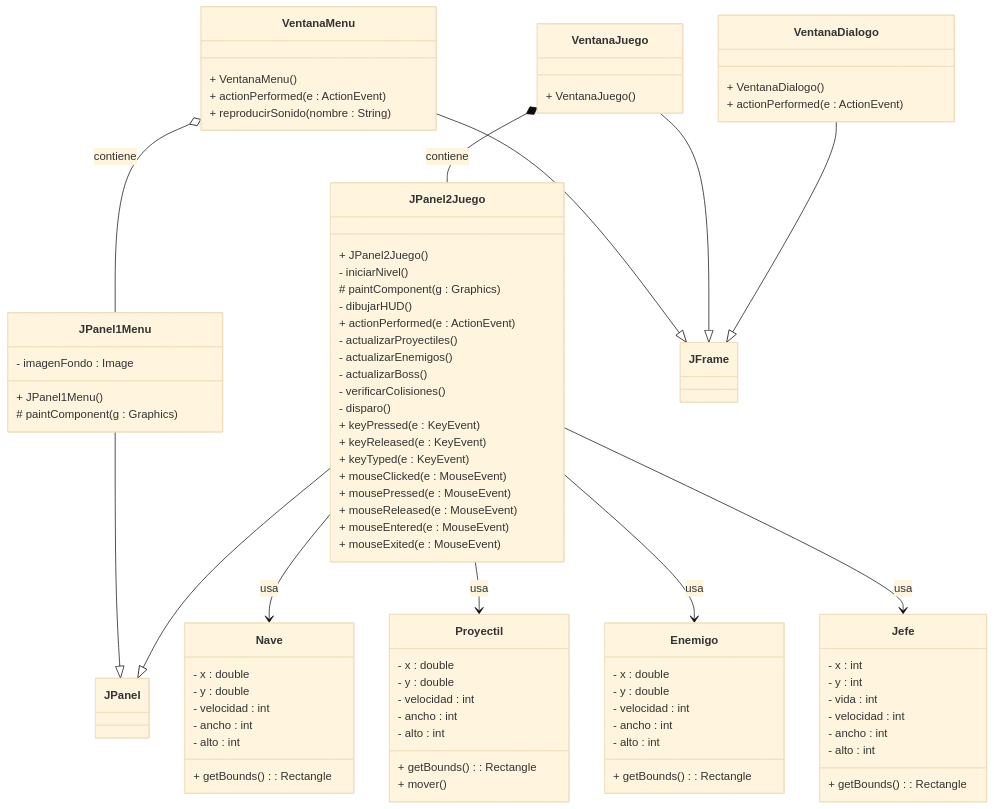
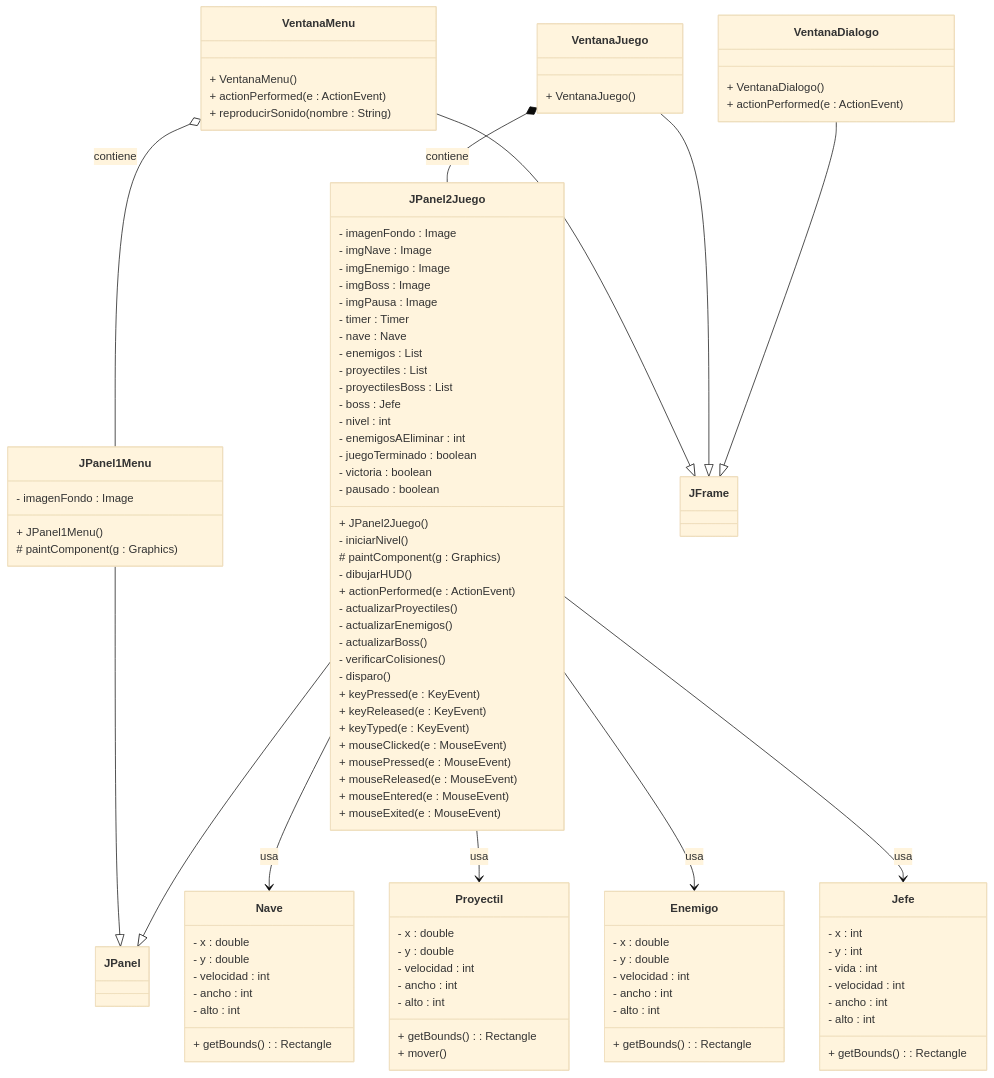
Before and after one commit to moronlopezalvaro/Khaenriah: the diagram in DiagramadeClases.md, drawn with Mermaid (base theme).

Commit message:
Update class diagram and class declarations in markdown

````diff
--- a/DiagramadeClases.md
+++ b/DiagramadeClases.md
@@ -1,6 +1,6 @@
 ```mermaid
 
-classDiagram
+classDiagram 
 
 JPanel1Menu --|> JPanel
 JPanel2Juego --|> JPanel
@@ -8,7 +8,7 @@
 VentanaJuego --|> JFrame
 VentanaDialogo --|> JFrame
 
-%%Aquí lo que se utiliza es para agregación o composición
+%%Aquí lo que se utiliza es para agregación o composición%%
 VentanaMenu o-- JPanel1Menu : contiene
 VentanaJuego *-- JPanel2Juego : contiene
 
@@ -18,7 +18,7 @@
 JPanel2Juego --> Enemigo : usa
 JPanel2Juego --> Jefe : usa
 
-%%Declaración de Clases con sus métodos
+%%Declaración de Clases con sus métodos%%
 class JPanel1Menu{
 - imagenFondo : Image
 + JPanel1Menu()
@@ -26,6 +26,26 @@
 }
 
 class JPanel2Juego{
+
+- imagenFondo : Image
+- imgNave : Image
+- imgEnemigo : Image
+- imgBoss : Image
+- imgPausa : Image
+
+- timer : Timer
+- nave : Nave
+- enemigos : List<Enemigo>
+- proyectiles : List<Proyectil>
+- proyectilesBoss : List<Proyectil>
+- boss : Jefe
+
+- nivel : int
+- enemigosAEliminar : int
+- juegoTerminado : boolean
+- victoria : boolean
+- pausado : boolean
+
 + JPanel2Juego()
 - iniciarNivel()
 # paintComponent(g : Graphics)
````
